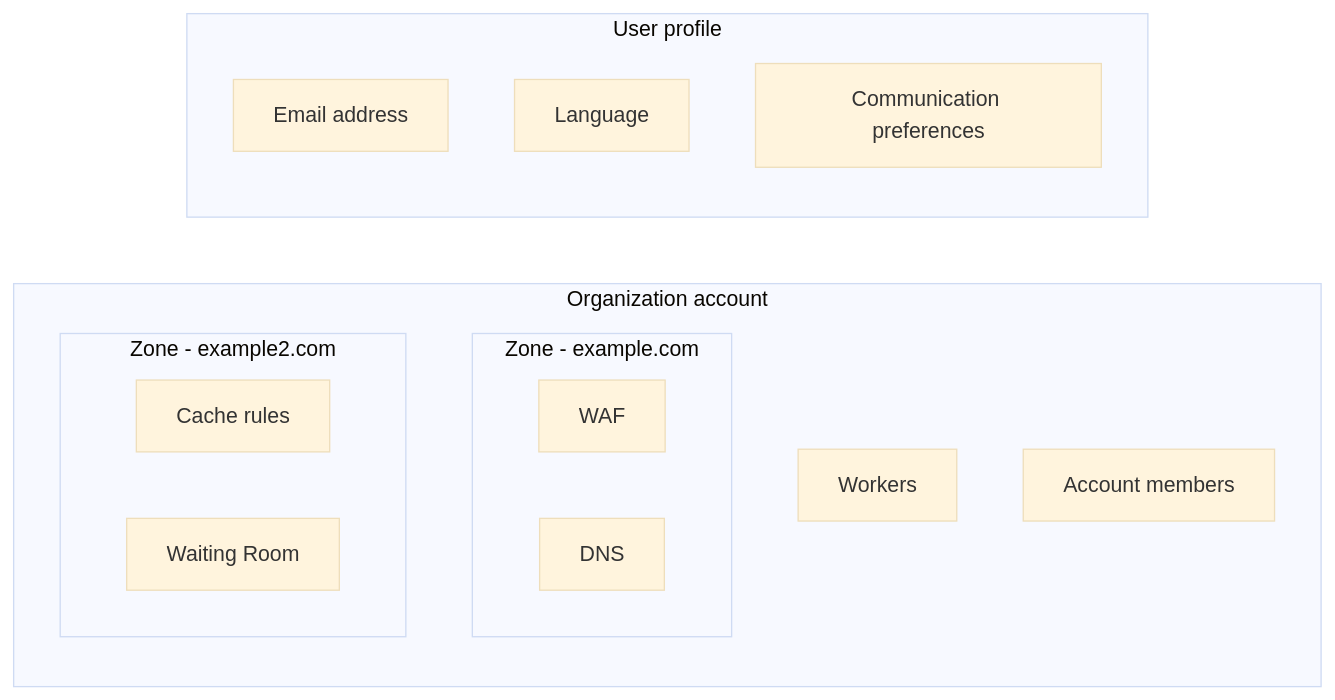
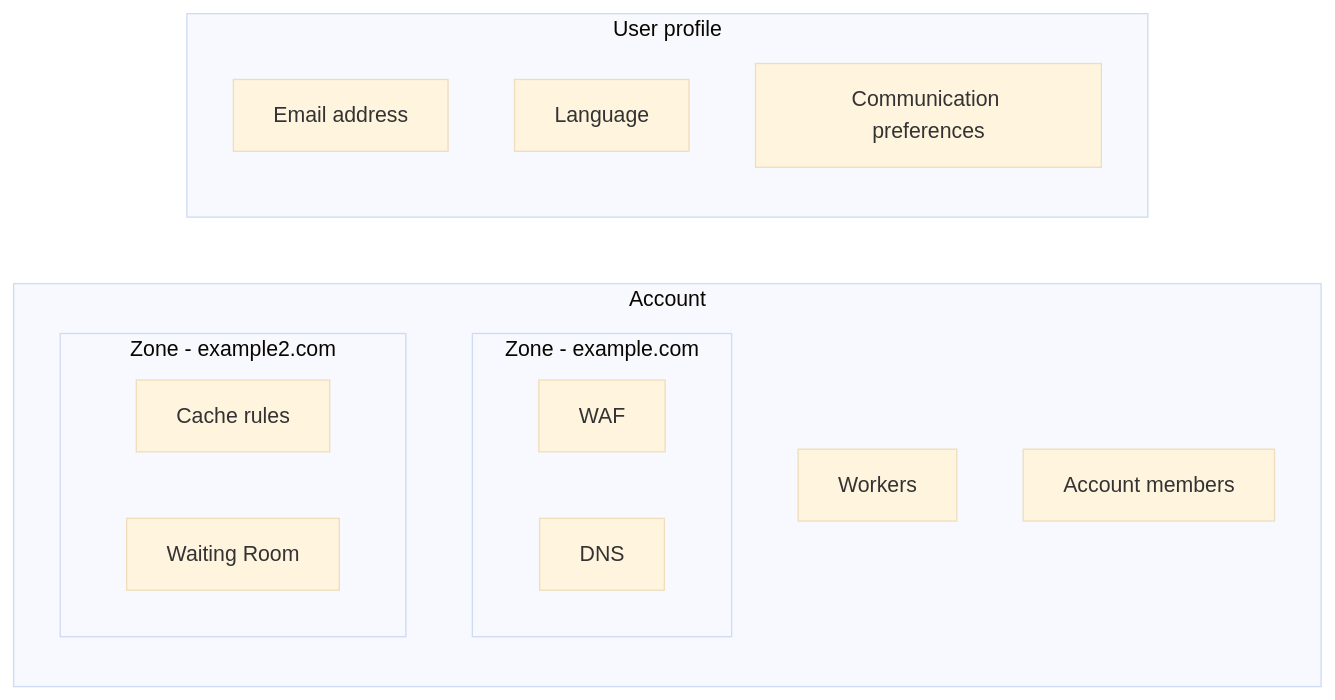
The diagram in content/fundamentals/get-started/concepts/accounts-and-zones.md (cloudflare/cloudflare-docs), drawn with Mermaid (base theme) before and after one commit. The commit also changed other lines of this file, not shown here.

```diff
--- a/content/fundamentals/get-started/concepts/accounts-and-zones.md
+++ b/content/fundamentals/get-started/concepts/accounts-and-zones.md
@@ -11,21 +11,21 @@
 <div class="mermaid">
 flowchart LR
-accTitle: Organization accounts contain zones and user profiles contain user settings
-subgraph Organization account
+accTitle: Accounts contain zones and user profiles contain user settings
+subgraph Account
     subgraph Zone - example.com
         A[WAF]
         B[DNS]
     end
     subgraph Zone - example2.com
         C[Cache rules]
         D[Waiting Room]
     end
     Workers
     K[Account members]
 end
 subgraph User profile
     G[Email address]
     H[Language]
     I[Communication preferences]
 end
 </div>
```
